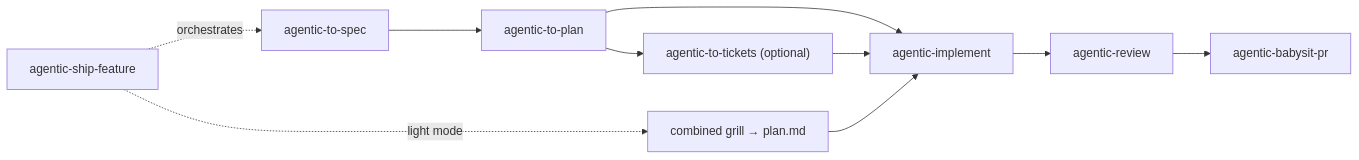
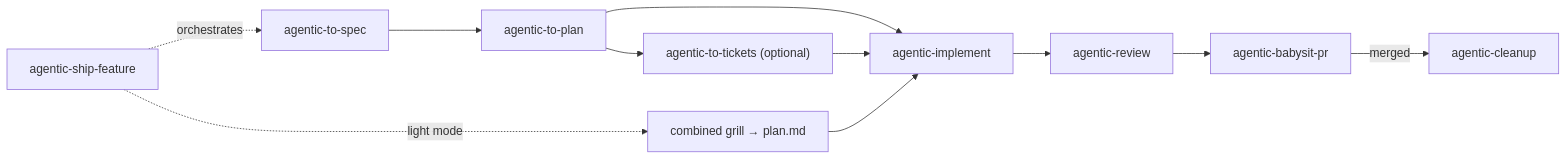
The diagram in README.md (JohannWilfridCalixte/agent-skills), drawn with Mermaid before and after one commit. The commit also changed other lines of this file and 10 other files, not shown here.

````diff
--- a/README.md
+++ b/README.md
@@ -65,13 +65,14 @@
 ```mermaid
 flowchart LR
     spec[agentic-to-spec] --> plan[agentic-to-plan]
     plan --> tickets["agentic-to-tickets (optional)"]
     plan --> implement[agentic-implement]
     tickets --> implement
     implement --> review[agentic-review]
     review --> babysit[agentic-babysit-pr]
+    babysit -- merged --> cleanup[agentic-cleanup]
 
     ship[agentic-ship-feature] -. orchestrates .-> spec
     ship -. light mode .-> light["combined grill → plan.md"]
     light --> implement
 ```
````
